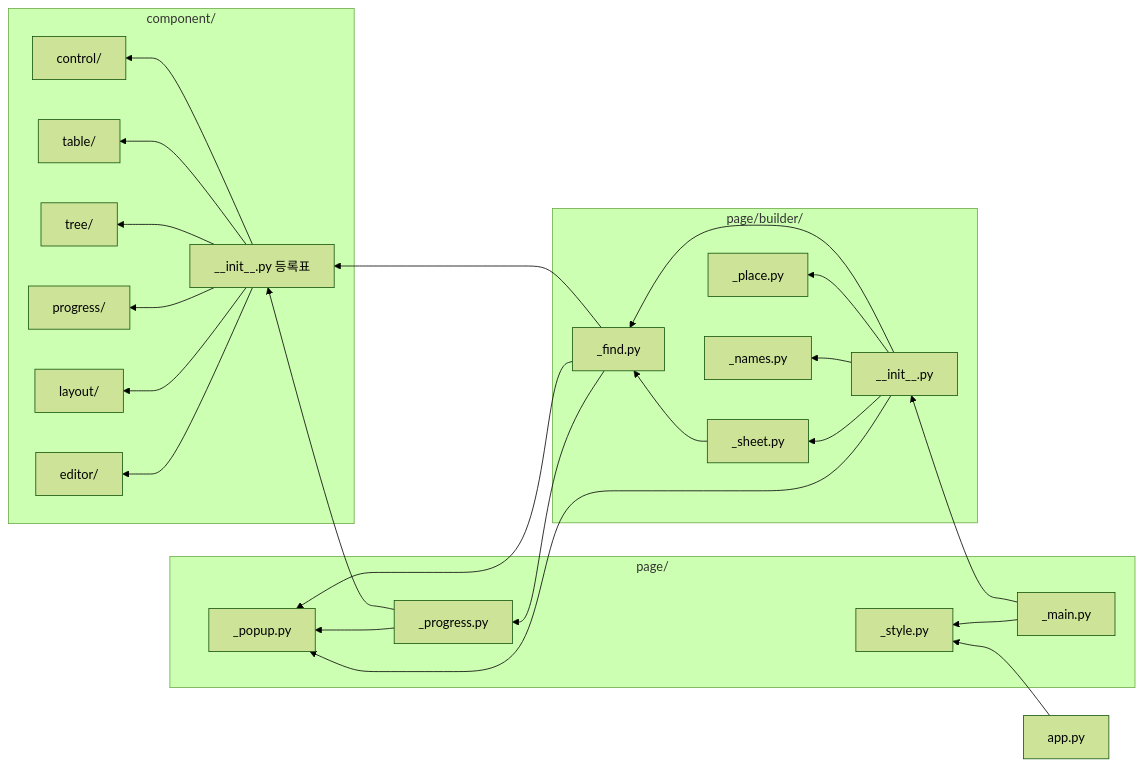
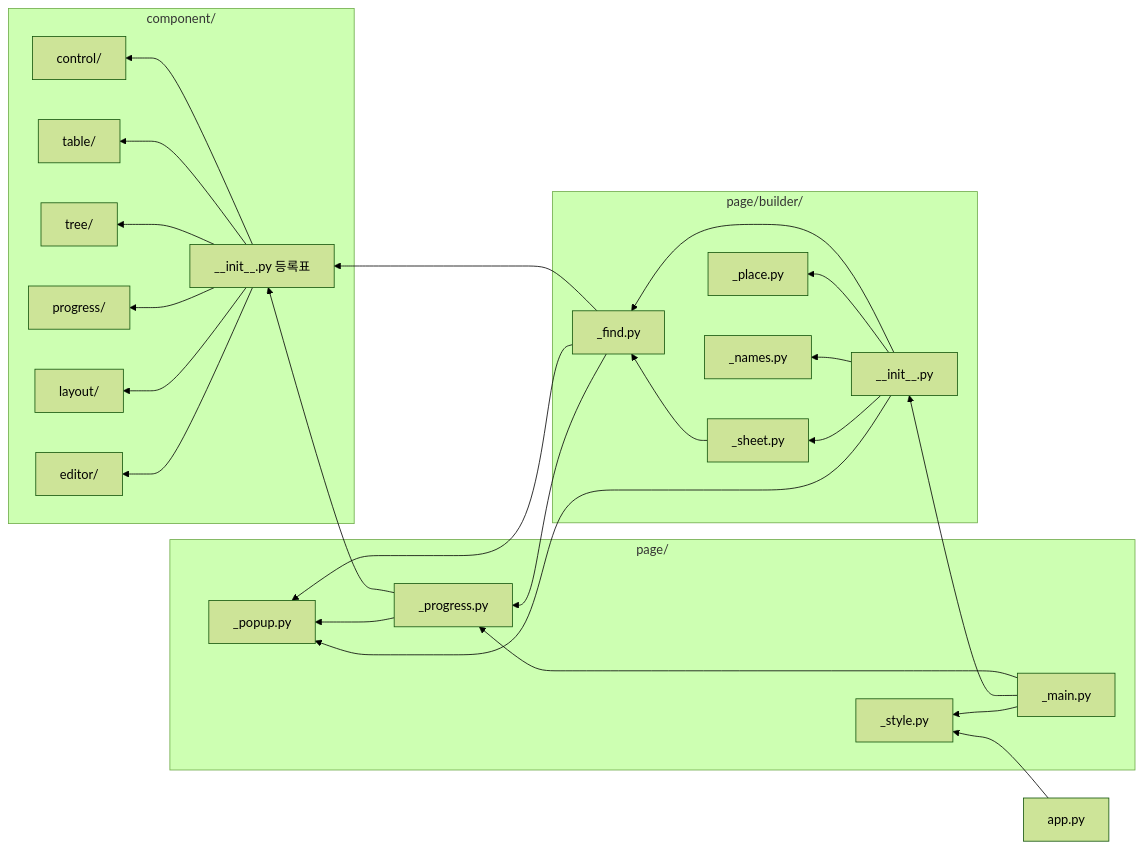
One commit to DXR-keonghun6612/ToolBox changed the diagram in ui_toolbox/README.md. Above: the diagram before and after it, drawn with Mermaid (forest theme). The commit also changed other lines of this file and 5 other files, not shown here.

````diff
--- a/ui_toolbox/README.md
+++ b/ui_toolbox/README.md
@@ -11,46 +11,47 @@
 ```mermaid
 graph RL
     subgraph component/
         PRG[progress/]
         CTL[control/]
         TBL[table/]
         TRE[tree/]
         EDT[editor/]
         LAY[layout/]
         REG["__init__.py 등록표"]
     end
     subgraph page/
         MAN[_main.py]
         POP[_popup.py]
         PRO[_progress.py]
         STY[_style.py]
     end
     subgraph page/builder/
         BLD["__init__.py"]
         FND[_find.py]
         PLC[_place.py]
         NAM[_names.py]
         SHT[_sheet.py]
     end
     APP[app.py]
     REG --> CTL
     REG --> TBL
     REG --> TRE
     REG --> PRG
     REG --> LAY
     REG --> EDT
     FND --> REG
     PRO --> REG
     FND --> POP
     FND --> PRO
     PRO --> POP
+    MAN --> PRO
     SHT --> FND
     BLD --> FND
     BLD --> PLC
     BLD --> NAM
     BLD --> SHT
     BLD --> POP
     MAN --> BLD
     MAN --> STY
     APP --> STY
 ```
````
